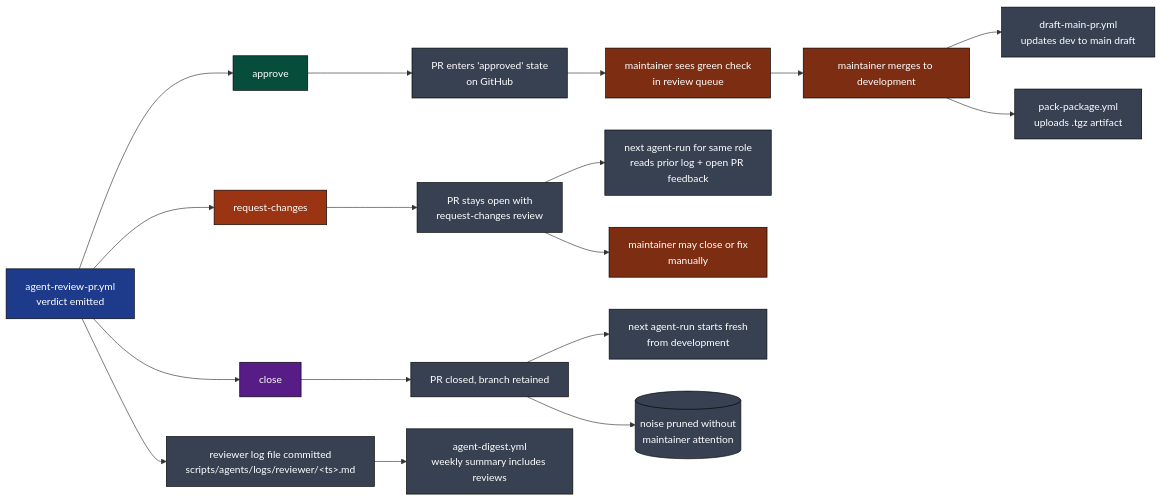
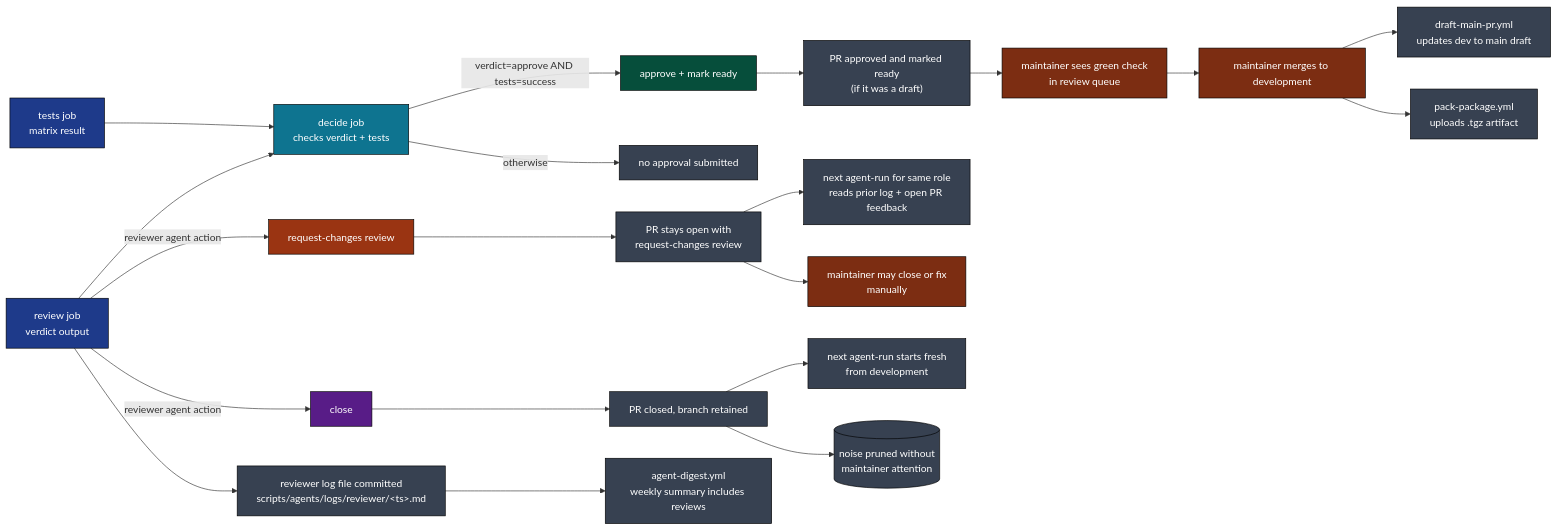
The ninth of 12 diagrams in .github/docs/AGENT_REVIEW_PR_DEEP_DIVE.md (gregreindel/llm-exe), drawn with Mermaid before and after one commit. The commit also changed other lines of this file and 2 other files, not shown here.

First line of the commit message:
docs: sync AGENT_REVIEW_PR_DEEP_DIVE and WORKFLOW_ARCHITECTURE after agent-review-pr.yml restructure

````diff
--- a/.github/docs/AGENT_REVIEW_PR_DEEP_DIVE.md
+++ b/.github/docs/AGENT_REVIEW_PR_DEEP_DIVE.md
@@ -394,32 +441,39 @@
 ```mermaid
 flowchart LR
     classDef src fill:#1e3a8a,color:#fff,stroke:#000
     classDef good fill:#064e3b,color:#fff,stroke:#000
     classDef bad fill:#9a3412,color:#fff,stroke:#000
     classDef close fill:#581c87,color:#fff,stroke:#000
     classDef cons fill:#374151,color:#fff,stroke:#000
     classDef human fill:#7c2d12,color:#fff,stroke:#000
+    classDef gate fill:#0e7490,color:#fff,stroke:#000
 
-    AR["agent-review-pr.yml\nverdict emitted"]:::src
+    RV["review job\nverdict output"]:::src
+    TST["tests job\nmatrix result"]:::src
 
-    AR --> V1[approve]:::good
-    AR --> V2[request-changes]:::bad
-    AR --> V3[close]:::close
+    RV --> DEC["decide job\nchecks verdict + tests"]:::gate
+    TST --> DEC
 
-    V1 --> C1["PR enters 'approved' state\non GitHub"]:::cons
+    DEC -->|verdict=approve AND tests=success| V1[approve + mark ready]:::good
+    DEC -->|otherwise| SKIP["no approval submitted"]:::cons
+
+    RV -->|reviewer agent action| V2[request-changes review]:::bad
+    RV -->|reviewer agent action| V3[close]:::close
+
+    V1 --> C1["PR approved and marked ready\n(if it was a draft)"]:::cons
     C1 --> M1["maintainer sees green check\nin review queue"]:::human
     M1 --> M2["maintainer merges to development"]:::human
     M2 --> D1["draft-main-pr.yml\nupdates dev to main draft"]:::cons
     M2 --> D2["pack-package.yml\nuploads .tgz artifact"]:::cons
 
     V2 --> C2["PR stays open with\nrequest-changes review"]:::cons
     C2 --> N1["next agent-run for same role\nreads prior log + open PR feedback"]:::cons
     C2 --> M3["maintainer may close or fix\nmanually"]:::human
 
     V3 --> C3["PR closed, branch retained"]:::cons
     C3 --> N2["next agent-run starts fresh\nfrom development"]:::cons
     C3 --> X[("noise pruned without\nmaintainer attention")]:::cons
 
-    AR --> L["reviewer log file committed\nscripts/agents/logs/reviewer/&lt;ts&gt;.md"]:::cons
+    RV --> L["reviewer log file committed\nscripts/agents/logs/reviewer/&lt;ts&gt;.md"]:::cons
     L --> DG["agent-digest.yml\nweekly summary includes reviews"]:::cons
 ```
````
